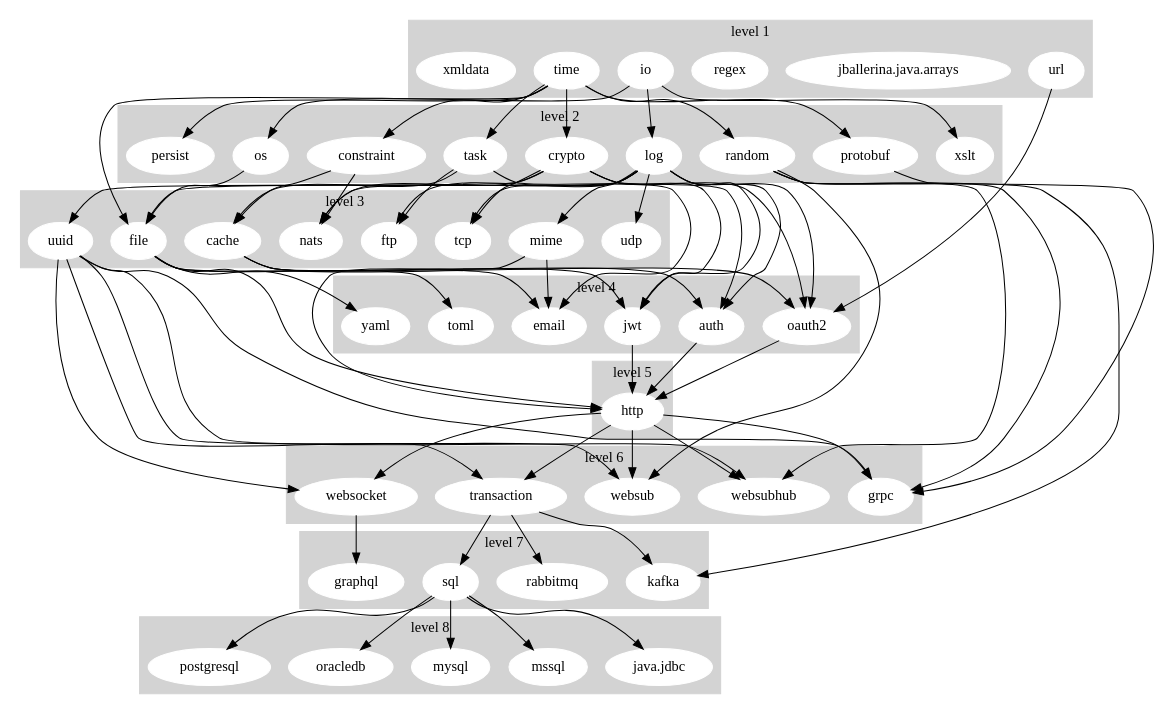
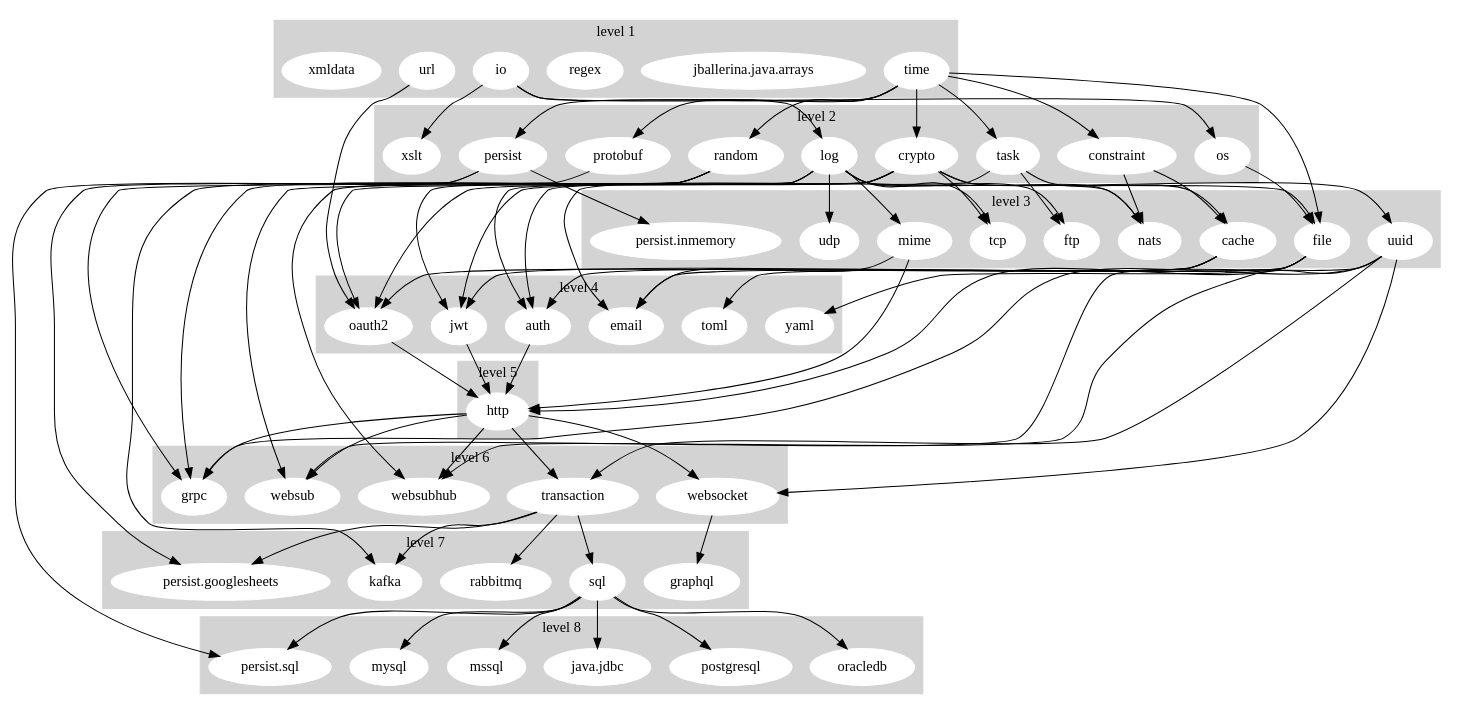
Before and after one commit to ballerina-platform/ballerina-release: the diagram in dashboard/stdlib_graph.gv, drawn with Graphviz.

Commit message:
[Automated] Update Stdlib Dependency Graph

```diff
--- a/dashboard/stdlib_graph.gv
+++ b/dashboard/stdlib_graph.gv
@@ -1,154 +1,162 @@
 digraph "Stdlib Dependency Graph" {
 	subgraph cluster_1 {
 		node [color=white style=filled]
 		color=lightgrey style=filled
 		io
 		"jballerina.java.arrays"
 		regex
 		time
 		url
 		xmldata
 		label="level 1"
 	}
 	subgraph cluster_2 {
 		node [color=white style=filled]
 		color=lightgrey style=filled
 		constraint
 		crypto
 		log
 		os
 		persist
 		protobuf
 		random
 		task
 		xslt
 		label="level 2"
 	}
 	subgraph cluster_3 {
 		node [color=white style=filled]
 		color=lightgrey style=filled
 		cache
 		file
 		ftp
 		mime
 		nats
+		"persist.inmemory"
 		tcp
 		udp
 		uuid
 		label="level 3"
 	}
 	subgraph cluster_4 {
 		node [color=white style=filled]
 		color=lightgrey style=filled
 		auth
 		email
 		jwt
 		oauth2
 		toml
 		yaml
 		label="level 4"
 	}
 	subgraph cluster_5 {
 		node [color=white style=filled]
 		color=lightgrey style=filled
 		http
 		label="level 5"
 	}
 	subgraph cluster_6 {
 		node [color=white style=filled]
 		color=lightgrey style=filled
 		grpc
 		transaction
 		websocket
 		websub
 		websubhub
 		label="level 6"
 	}
 	subgraph cluster_7 {
 		node [color=white style=filled]
 		color=lightgrey style=filled
 		graphql
 		kafka
+		"persist.googlesheets"
 		rabbitmq
 		sql
 		label="level 7"
 	}
 	subgraph cluster_8 {
 		node [color=white style=filled]
 		color=lightgrey style=filled
 		"java.jdbc"
 		mssql
 		mysql
 		oracledb
+		"persist.sql"
 		postgresql
 		label="level 8"
 	}
 	io -> log
 	io -> os
 	io -> xslt
 	time -> constraint
 	time -> crypto
 	time -> file
 	time -> persist
 	time -> protobuf
 	time -> random
 	time -> task
 	url -> oauth2
 	constraint -> cache
 	constraint -> nats
 	crypto -> auth
 	crypto -> jwt
 	crypto -> nats
 	crypto -> oauth2
 	crypto -> tcp
 	crypto -> uuid
 	log -> auth
 	log -> file
 	log -> ftp
 	log -> jwt
 	log -> mime
 	log -> nats
 	log -> oauth2
 	log -> tcp
 	log -> udp
 	os -> file
+	persist -> "persist.googlesheets"
+	persist -> "persist.inmemory"
+	persist -> "persist.sql"
 	protobuf -> grpc
 	random -> grpc
 	random -> kafka
 	random -> websub
 	random -> websubhub
 	task -> cache
 	task -> email
 	task -> ftp
 	cache -> auth
 	cache -> jwt
 	cache -> oauth2
 	file -> email
 	file -> http
 	file -> toml
 	file -> yaml
 	mime -> email
 	mime -> http
 	uuid -> grpc
 	uuid -> transaction
 	uuid -> websocket
 	uuid -> websub
 	uuid -> websubhub
 	auth -> http
 	jwt -> http
 	oauth2 -> http
 	http -> grpc
 	http -> transaction
 	http -> websocket
 	http -> websub
 	http -> websubhub
 	transaction -> kafka
+	transaction -> "persist.googlesheets"
 	transaction -> rabbitmq
 	transaction -> sql
 	websocket -> graphql
 	sql -> "java.jdbc"
 	sql -> mssql
 	sql -> mysql
 	sql -> oracledb
+	sql -> "persist.sql"
 	sql -> postgresql
 }
```
